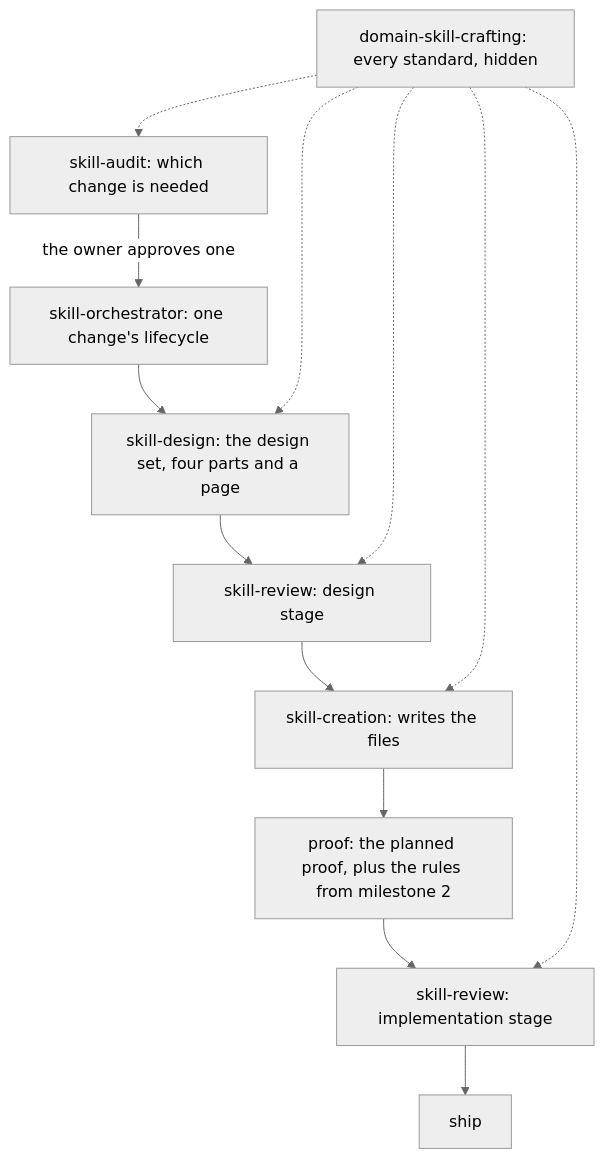
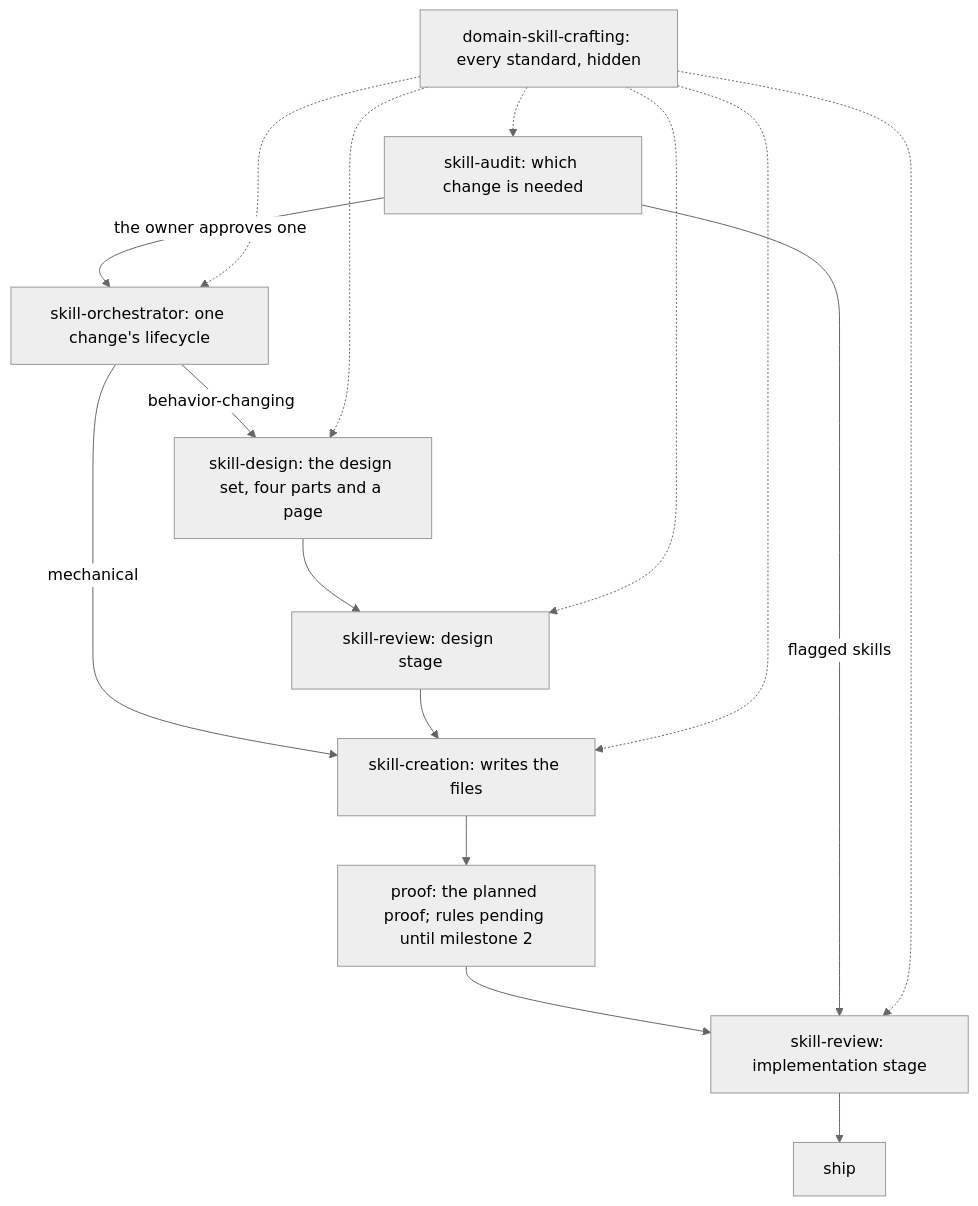
The diagram in docs/wip/skills-authoring/2026-10-26-project-1-milestone-1/skill-design.md (ShravanSunder/sunstack), drawn with Mermaid (neutral theme) before and after one commit. The commit also changed other lines of this file and 6 other files, not shown here.

First line of the commit message:
docs(project-1): milestone 1 design set, draft 2 (review M1 corrections)

````diff
--- a/docs/wip/skills-authoring/2026-10-26-project-1-milestone-1/skill-design.md
+++ b/docs/wip/skills-authoring/2026-10-26-project-1-milestone-1/skill-design.md
@@ -7,15 +7,18 @@
 ```mermaid
 flowchart TD
   audit["skill-audit: which change is needed"] -->|the owner approves one| orch["skill-orchestrator: one change's lifecycle"]
-  orch --> design["skill-design: the design set, four parts and a page"]
+  orch -->|behavior-changing| design["skill-design: the design set, four parts and a page"]
+  orch -->|mechanical| creation
   design --> designreview["skill-review: design stage"]
   designreview --> creation["skill-creation: writes the files"]
-  creation --> prove["proof: the planned proof, plus the rules from milestone 2"]
+  creation --> prove["proof: the planned proof; rules pending until milestone 2"]
   prove --> implreview["skill-review: implementation stage"]
   implreview --> ship["ship"]
+  audit -->|flagged skills| implreview
   root["domain-skill-crafting: every standard, hidden"] -.-> design
   root -.-> creation
   root -.-> designreview
   root -.-> implreview
   root -.-> audit
+  root -.-> orch
 ```
````
